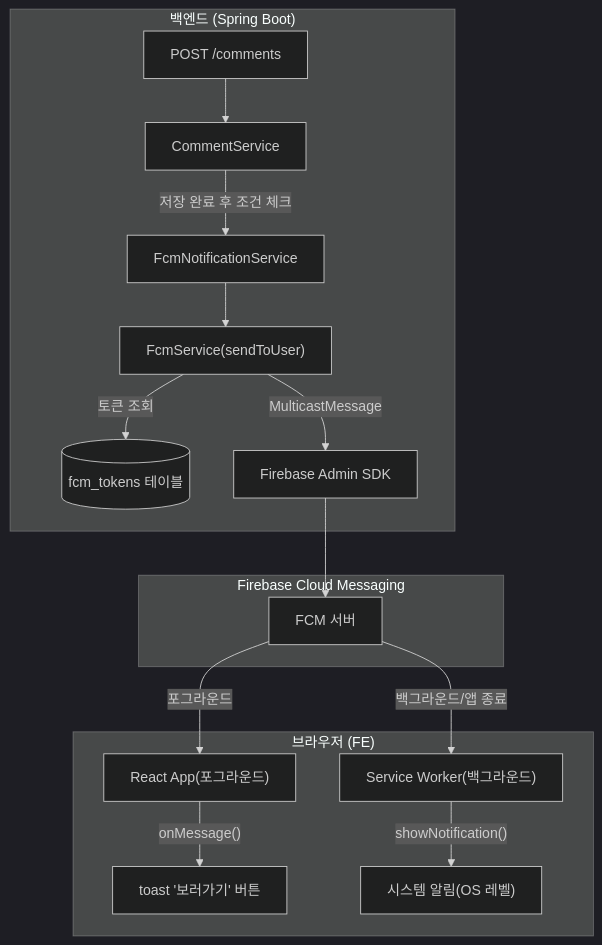
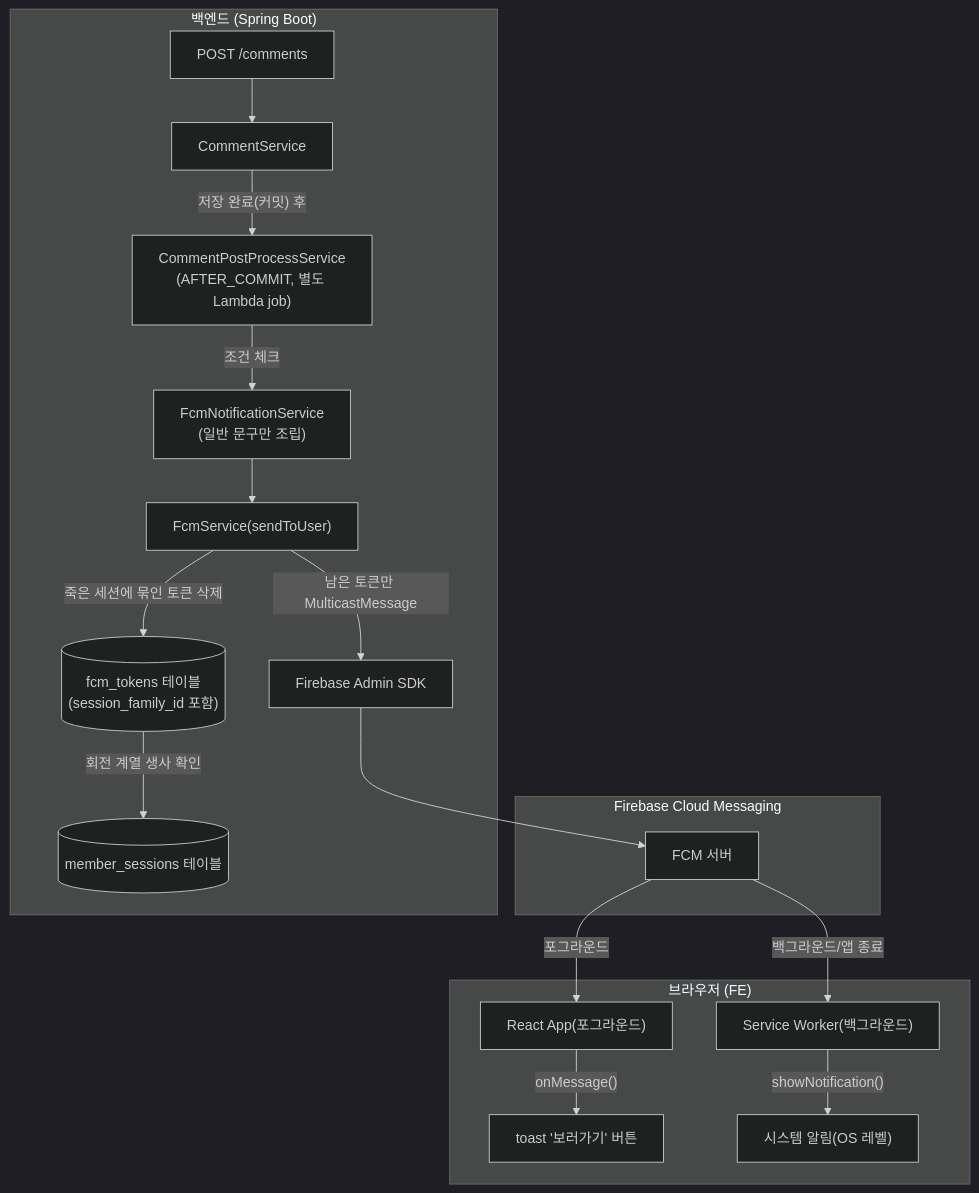
The first of 3 diagrams in docs/FCM-PUSH-NOTIFICATION.md (BAECHAN/link-sphere_FE_NEW), drawn with Mermaid (dark theme) before and after one commit. The commit also changed other lines of this file and 5 other files, not shown here.

````diff
--- a/docs/FCM-PUSH-NOTIFICATION.md
+++ b/docs/FCM-PUSH-NOTIFICATION.md
@@ -32,31 +37,35 @@
 ```mermaid
 flowchart TD
   subgraph Browser["브라우저 (FE)"]
     App["React App(포그라운드)"]
     SW["Service Worker(백그라운드)"]
     App -- "onMessage()" --> Toast["toast '보러가기' 버튼"]
     SW -- "showNotification()" --> SysNotif["시스템 알림(OS 레벨)"]
   end
 
   subgraph FCM["Firebase Cloud Messaging"]
     FCMServer["FCM 서버"]
   end
 
   subgraph BE["백엔드 (Spring Boot)"]
     CommentAPI["POST /comments"]
     CommentSvc["CommentService"]
-    FcmNotiSvc["FcmNotificationService"]
+    Job["CommentPostProcessService<br/>(AFTER_COMMIT, 별도 Lambda job)"]
+    FcmNotiSvc["FcmNotificationService<br/>(일반 문구만 조립)"]
     FcmSvc["FcmService(sendToUser)"]
-    FcmTokenDB[("fcm_tokens 테이블")]
+    FcmTokenDB[("fcm_tokens 테이블<br/>(session_family_id 포함)")]
+    SessionDB[("member_sessions 테이블")]
     AdminSDK["Firebase Admin SDK"]
     CommentAPI --> CommentSvc
-    CommentSvc -- "저장 완료 후 조건 체크" --> FcmNotiSvc
+    CommentSvc -- "저장 완료(커밋) 후" --> Job
+    Job -- "조건 체크" --> FcmNotiSvc
     FcmNotiSvc --> FcmSvc
-    FcmSvc -- "토큰 조회" --> FcmTokenDB
-    FcmSvc -- "MulticastMessage" --> AdminSDK
+    FcmSvc -- "죽은 세션에 묶인 토큰 삭제" --> FcmTokenDB
+    FcmTokenDB -- "회전 계열 생사 확인" --> SessionDB
+    FcmSvc -- "남은 토큰만 MulticastMessage" --> AdminSDK
   end
 
   AdminSDK --> FCMServer
   FCMServer -- "포그라운드" --> App
   FCMServer -- "백그라운드/앱 종료" --> SW
 ```
````
